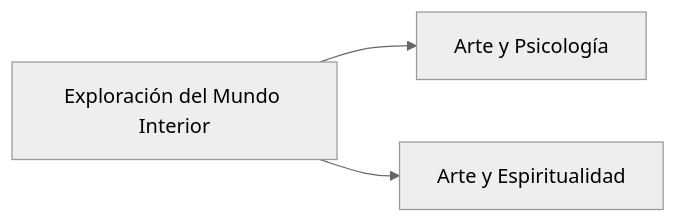
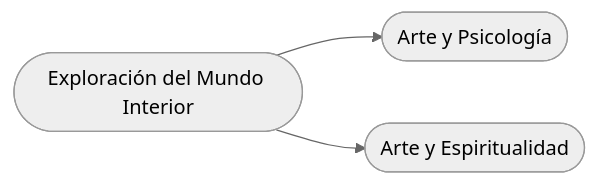
Before and after one commit to EGGS-Artesvisuales/EGGS-Artesvisuales.github.io: the third of 3 diagrams in ES/diagrama.md, drawn with Mermaid (neutral theme). The commit also changed other lines of this file, not shown here.

```diff
--- a/ES/diagrama.md
+++ b/ES/diagrama.md
@@ -146,12 +146,12 @@
 <div class="mermaid">
 graph LR
-  C[Exploración del Mundo Interior] --> C1[Arte y Psicología]
-  C --> C2[Arte y Espiritualidad]
+  C([Exploración del Mundo Interior]) --> C1([Arte y Psicología])
+  C --> C2([Arte y Espiritualidad])
 
   %% Enlaces (existentes)
   click C "interior.html" "Ir a Exploración del Mundo Interior"
 
   %% Enlaces (no existentes aún -> en construcción)
   click C1 "en-construccion.html" "En construcción"
   click C2 "en-construccion.html" "En construcción"
 </div>
```
